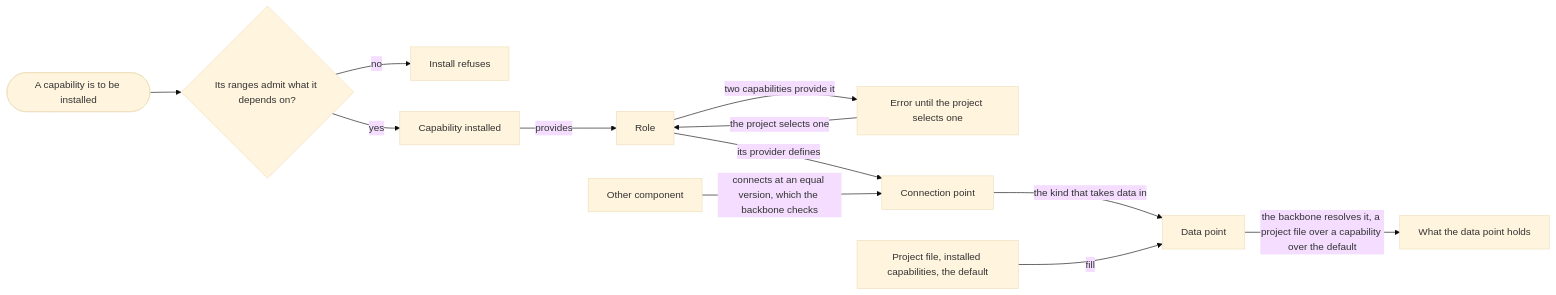
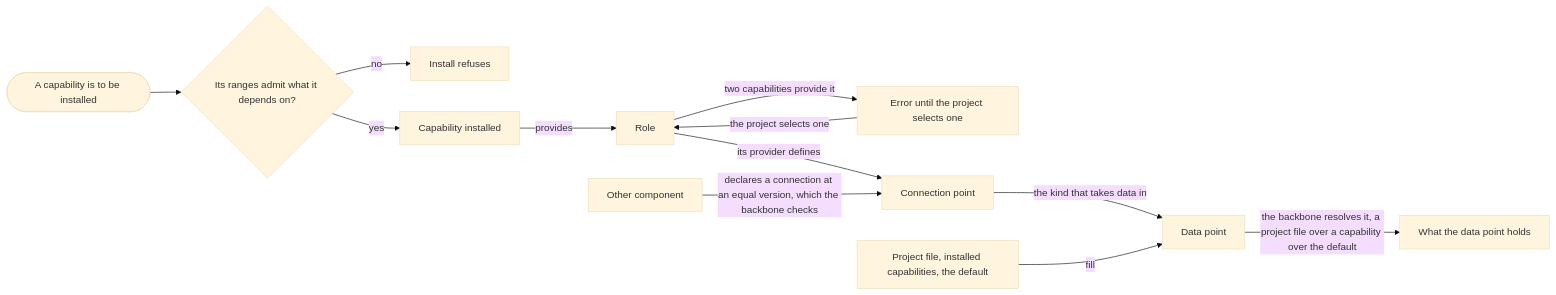
Before and after one commit to aleskalfas/project-kit: the second of 2 diagrams in tech-docs/analysis/core/domain-model/030-capabilities-areas-and-connection-points.md, drawn with Mermaid (base theme). The commit also changed other lines of this file and 8 other files, not shown here.

First line of the commit message:
docs: connection becomes a core term, explained in the view of connection points

````diff
--- a/tech-docs/analysis/core/domain-model/030-capabilities-areas-and-connection-points.md
+++ b/tech-docs/analysis/core/domain-model/030-capabilities-areas-and-connection-points.md
@@ -96,16 +104,16 @@
 ```mermaid
 flowchart LR
   accTitle: How a capability comes to connect
-  accDescr: A capability installs only where what it depends on falls within its ranges, and install refuses otherwise. Installed, it provides roles. Where two capabilities provide one role, that is an error until the project selects one. The capability providing a role defines its connection points, and other components connect to each at a version equal to its own, which the backbone resolves and checks. A data point, the kind that takes data in, is filled by a project file, installed capabilities and the providing capability's default. The backbone resolves what it holds. Where fillers overlap, a project file wins over a capability, and a capability over the default.
+  accDescr: A capability installs only where what it depends on falls within its ranges, and install refuses otherwise. Installed, it provides roles. Where two capabilities provide one role, that is an error until the project selects one. The capability providing a role defines its connection points, and other components declare connections to each at a version equal to its own, which the backbone resolves and checks. A data point, the kind that takes data in, is filled by a project file, installed capabilities and the providing capability's default. The backbone resolves what it holds. Where fillers overlap, a project file wins over a capability, and a capability over the default.
   I([A capability is to be installed]) --> K{Its ranges admit what it depends on?}
   K -->|no| N[Install refuses]
   K -->|yes| C[Capability installed]
   C -->|provides| R[Role]
   R -->|two capabilities provide it| E[Error until the project selects one]
   E -->|the project selects one| R
   R -->|its provider defines| P[Connection point]
-  O[Other component] -->|connects at an equal version, which the backbone checks| P
+  O[Other component] -->|declares a connection at an equal version, which the backbone checks| P
   P -->|the kind that takes data in| D[Data point]
   F["Project file, installed capabilities, the default"] -->|fill| D
   D -->|the backbone resolves it, a project file over a capability over the default| H[What the data point holds]
 ```
````
